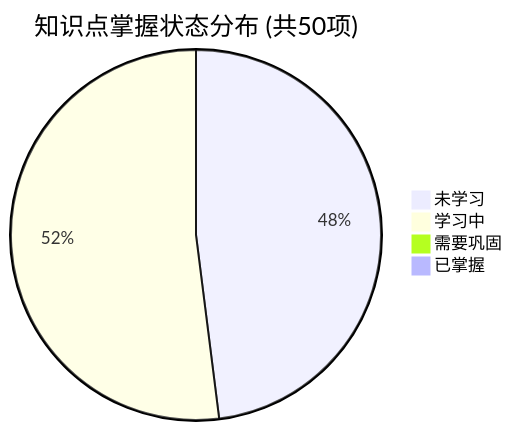
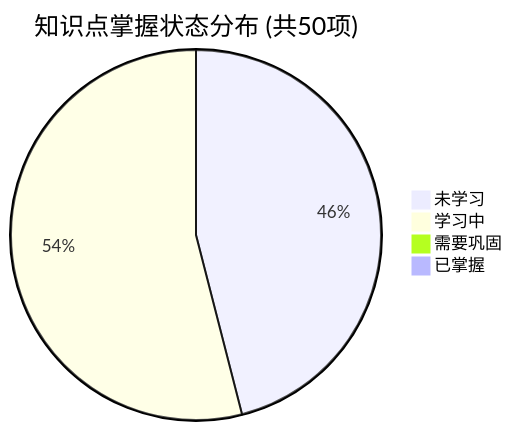
The first of 2 diagrams in PROGRESS.md (tieke1121/tech-interview-knowledge-base), drawn with Mermaid before and after one commit. The commit also changed other lines of this file and 1 other file, not shown here.

````diff
--- a/PROGRESS.md
+++ b/PROGRESS.md
@@ -23,7 +23,7 @@
 ```mermaid
 pie title 知识点掌握状态分布 (共50项)
-    "未学习" : 24
-    "学习中" : 26
+    "未学习" : 23
+    "学习中" : 27
     "需要巩固" : 0
     "已掌握" : 0
 ```
````
